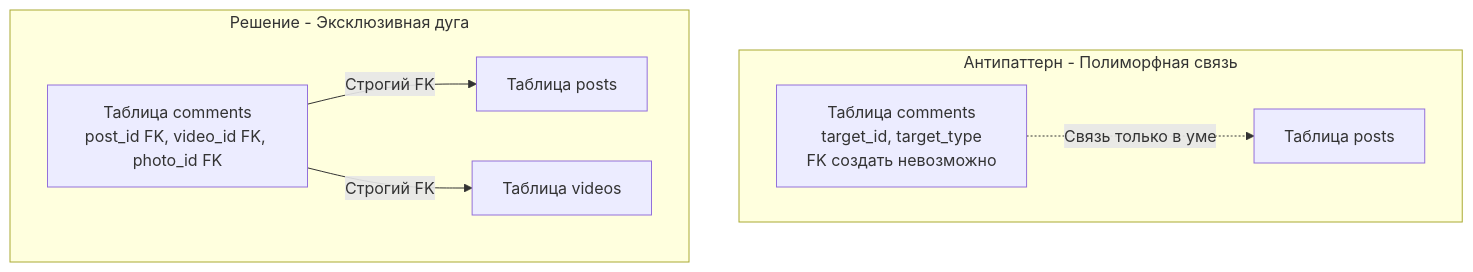
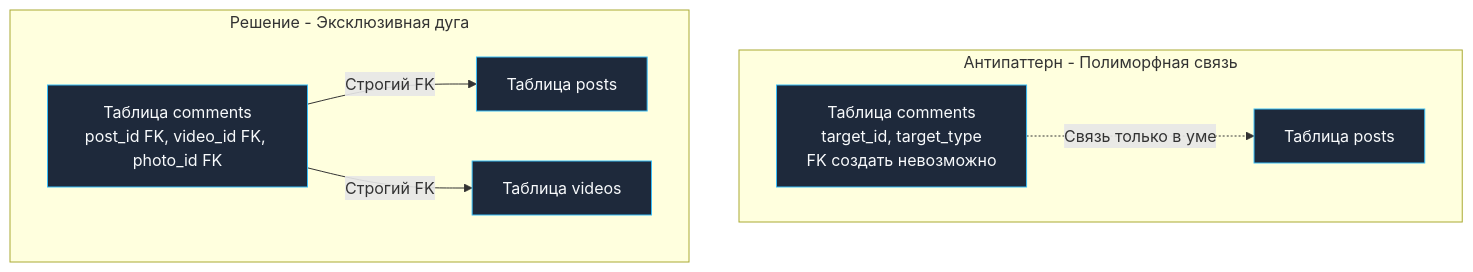
The diagram in sources/12. Базы данных/01. Введение и фундамент/16. Anti patterns проектирования схем.md (UnrealTemplier/go-textbook), drawn with Mermaid before and after one commit. The commit also changed 1666 other files, not shown here.

First line of the commit message:
feat(mermaid): add semantic color classDef to 1369 colorless flowchart/graph diagrams

````diff
--- a/sources/12. Базы данных/01. Введение и фундамент/16. Anti patterns проектирования схем.md
+++ b/sources/12. Базы данных/01. Введение и фундамент/16. Anti patterns проектирования схем.md
@@ -59,17 +59,27 @@
 ```mermaid
 flowchart TD
+    classDef process  fill:#1e293b,stroke:#38bdf8,stroke-width:1px,color:#f8fafc
+    classDef success  fill:#064e3b,stroke:#34d399,stroke-width:1px,color:#f8fafc
+    classDef error    fill:#7f1d1d,stroke:#f87171,stroke-width:1px,color:#f8fafc
+    classDef warning  fill:#78350f,stroke:#fbbf24,stroke-width:1px,color:#f8fafc
+    classDef entry    fill:#1e3a5f,stroke:#38bdf8,stroke-width:2px,color:#f8fafc
+    classDef aux      fill:#334155,stroke:#64748b,stroke-width:1px,color:#f8fafc
+    classDef system   fill:#312e81,stroke:#a78bfa,stroke-width:1px,color:#f8fafc
+    classDef data     fill:#132d29,stroke:#2dd4bf,stroke-width:1px,color:#f8fafc
+    classDef network  fill:#881337,stroke:#fb7185,stroke-width:1px,color:#f8fafc
+    classDef accent   fill:#1e1b4b,stroke:#818cf8,stroke-width:1px,color:#f8fafc
     subgraph Антипаттерн - Полиморфная связь
-        CommBad["Таблица comments<br>target_id, target_type<br>FK создать невозможно"]
-        Post["Таблица posts"]
+        CommBad["Таблица comments<br>target_id, target_type<br>FK создать невозможно"]:::process
+        Post["Таблица posts"]:::process
         CommBad -.->|"Связь только в уме"| Post
     end
 
     subgraph Решение - Эксклюзивная дуга
-        CommGood["Таблица comments<br>post_id FK, video_id FK, photo_id FK"]
-        Post2["Таблица posts"]
-        Video2["Таблица videos"]
+        CommGood["Таблица comments<br>post_id FK, video_id FK, photo_id FK"]:::process
+        Post2["Таблица posts"]:::process
+        Video2["Таблица videos"]:::process
         
         CommGood -->|"Строгий FK"| Post2
         CommGood -->|"Строгий FK"| Video2
     end
 ```
````
